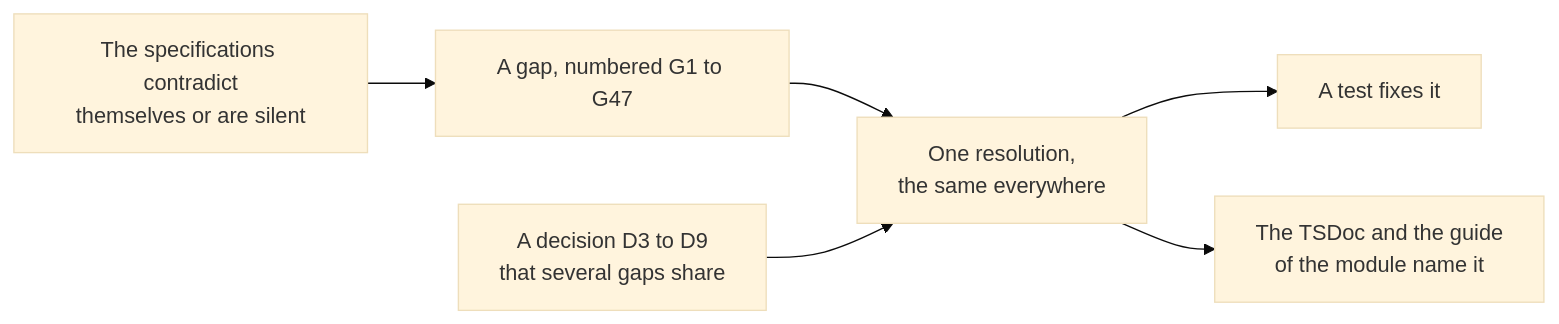
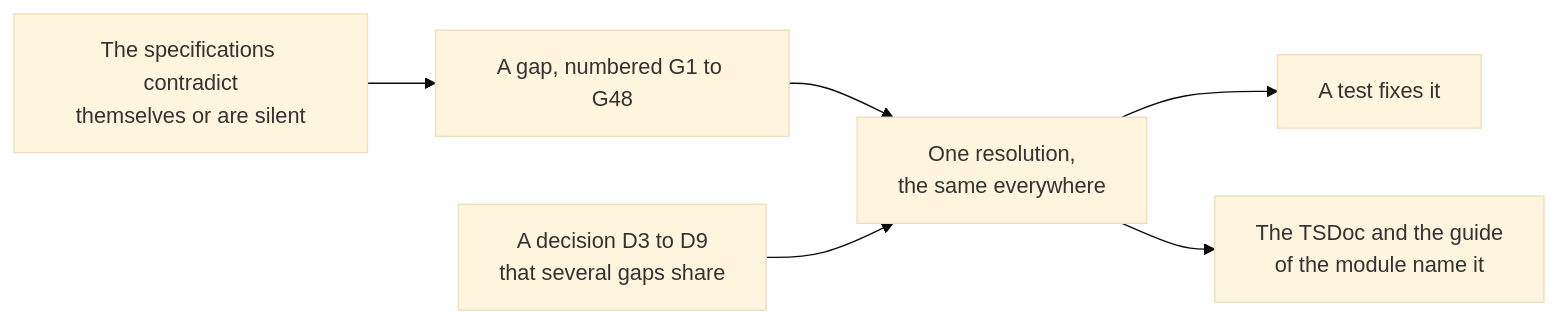
The diagram in docs/runtime/spec-gaps.md (assesskit/assesskit), drawn with Mermaid (base theme) before and after one commit. The commit also changed other lines of this file, not shown here.

Commit message:
Record the order of the item results of a report as a gap of the specifications

````diff
--- a/docs/runtime/spec-gaps.md
+++ b/docs/runtime/spec-gaps.md
@@ -10,8 +10,8 @@
 ```mermaid
 flowchart LR
-  gap["The specifications contradict<br/>themselves or are silent"] --> number["A gap, numbered G1 to G47"]
+  gap["The specifications contradict<br/>themselves or are silent"] --> number["A gap, numbered G1 to G48"]
   number --> resolution["One resolution,<br/>the same everywhere"]
   decision["A decision D3 to D9<br/>that several gaps share"] --> resolution
   resolution --> test["A test fixes it"]
   resolution --> docs["The TSDoc and the guide<br/>of the module name it"]
 ```
````
